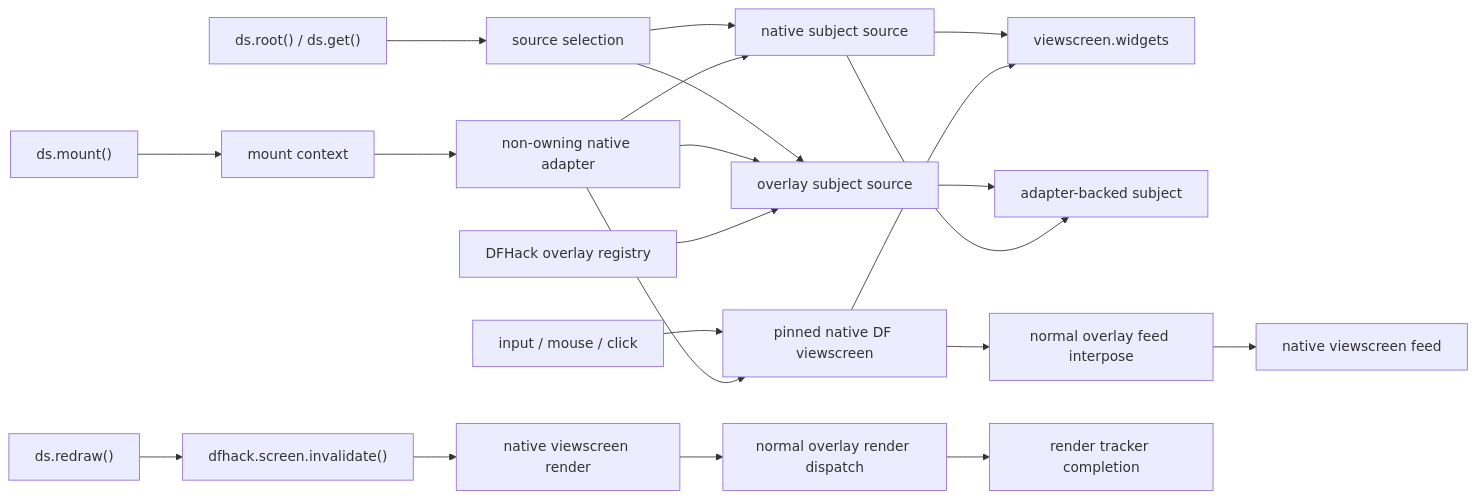
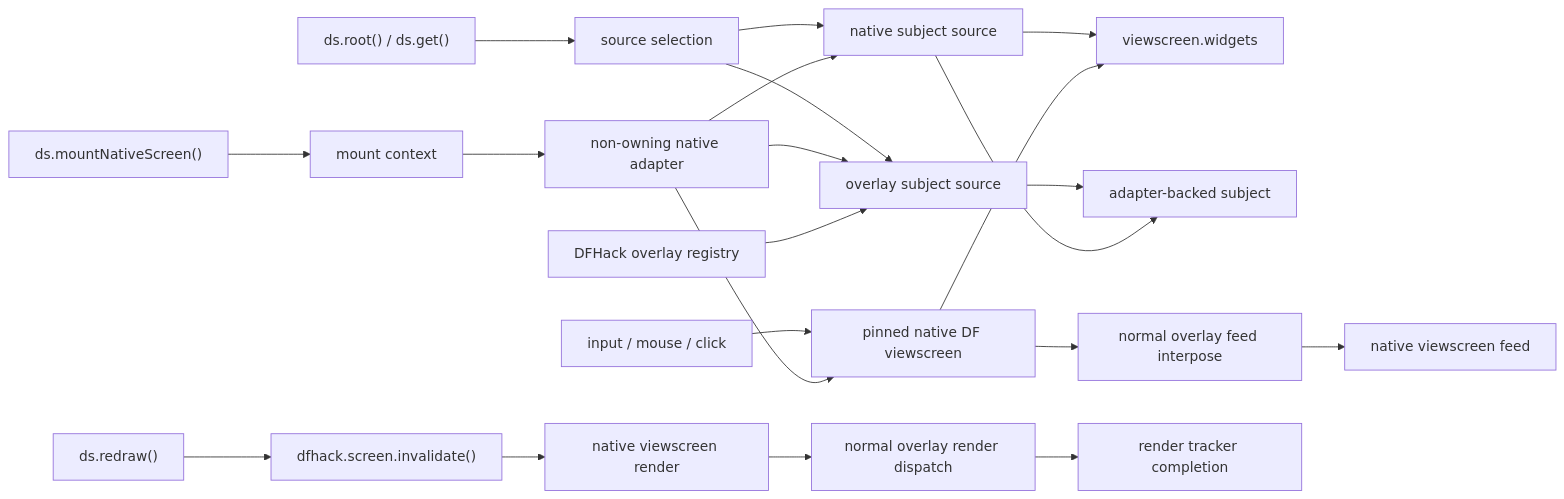
Before and after one commit to dsisco11/DwarfSpec: the diagram in docs/non-owning-native-screen-mount-proposal.md, drawn with Mermaid. The commit also changed other lines of this file and 4 other files, not shown here.

Commit message:
[Phase 4]: Architecture and user documentation

````diff
--- a/docs/non-owning-native-screen-mount-proposal.md
+++ b/docs/non-owning-native-screen-mount-proposal.md
@@ -247,28 +250,28 @@
 ```mermaid
 flowchart LR
-    Mount["ds.mount()"] --> Context["mount context"]
+    Mount["ds.mountNativeScreen()"] --> Context["mount context"]
     Context --> Adapter["non-owning native adapter"]
 
     Adapter --> Screen["pinned native DF viewscreen"]
     Screen --> NativeRoot["viewscreen.widgets"]
     Adapter --> NativeSource["native subject source"]
     NativeSource --> NativeRoot
 
     Registry["DFHack overlay registry"] --> OverlaySource["overlay subject source"]
     Adapter --> OverlaySource
 
     Get["ds.root() / ds.get()"] --> Selector["source selection"]
     Selector --> NativeSource
     Selector --> OverlaySource
     NativeSource --> Subject["adapter-backed subject"]
     OverlaySource --> Subject
 
     Input["input / mouse / click"] --> Screen
     Screen --> OverlayFeed["normal overlay feed interpose"]
     OverlayFeed --> NativeFeed["native viewscreen feed"]
 
     Redraw["ds.redraw()"] --> Invalidate["dfhack.screen.invalidate()"]
     Invalidate --> NativeRender["native viewscreen render"]
     NativeRender --> OverlayRender["normal overlay render dispatch"]
     OverlayRender --> Tracker["render tracker completion"]
 ```
````
